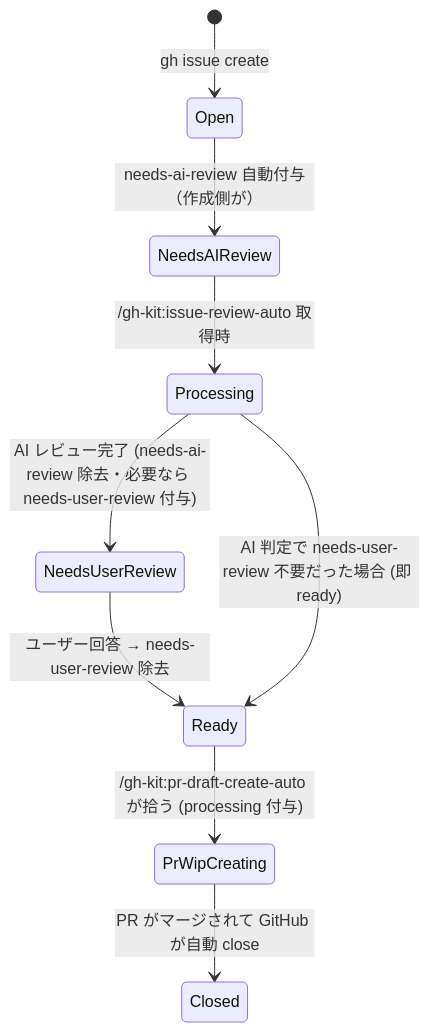
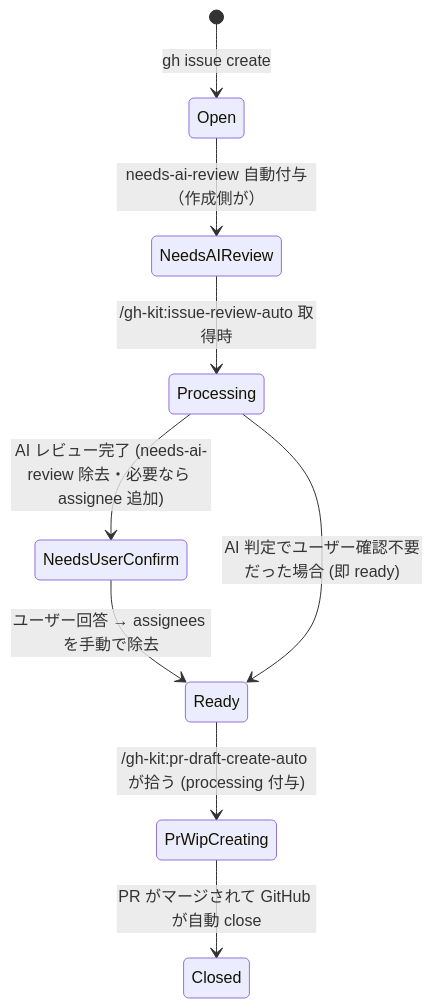
One commit to shuhei1101/my-plugins changed the first of 2 diagrams in .work/notes/プラグイン/gh-kitラベル設計.md. Above: the diagram before and after it, drawn with Mermaid. The commit also changed other lines of this file and 14 other files, not shown here.

First line of the commit message:
refactor: needs-user-review ラベルを廃止し assignees ベースのユーザー確認管理へ移行

````diff
--- a/.work/notes/プラグイン/gh-kitラベル設計.md
+++ b/.work/notes/プラグイン/gh-kitラベル設計.md
@@ -38,11 +51,11 @@
 ```mermaid
 stateDiagram-v2
   [*] --> Open: gh issue create
   Open --> NeedsAIReview: needs-ai-review 自動付与（作成側が）
   NeedsAIReview --> Processing: /gh-kit:issue-review-auto 取得時
-  Processing --> NeedsUserReview: AI レビュー完了 (needs-ai-review 除去・必要なら needs-user-review 付与)
-  NeedsUserReview --> Ready: ユーザー回答 → needs-user-review 除去
-  Processing --> Ready: AI 判定で needs-user-review 不要だった場合 (即 ready)
+  Processing --> NeedsUserConfirm: AI レビュー完了 (needs-ai-review 除去・必要なら assignee 追加)
+  NeedsUserConfirm --> Ready: ユーザー回答 → assignees を手動で除去
+  Processing --> Ready: AI 判定でユーザー確認不要だった場合 (即 ready)
   Ready --> PrWipCreating: /gh-kit:pr-draft-create-auto が拾う (processing 付与)
   PrWipCreating --> Closed: PR がマージされて GitHub が自動 close
 ```
````
